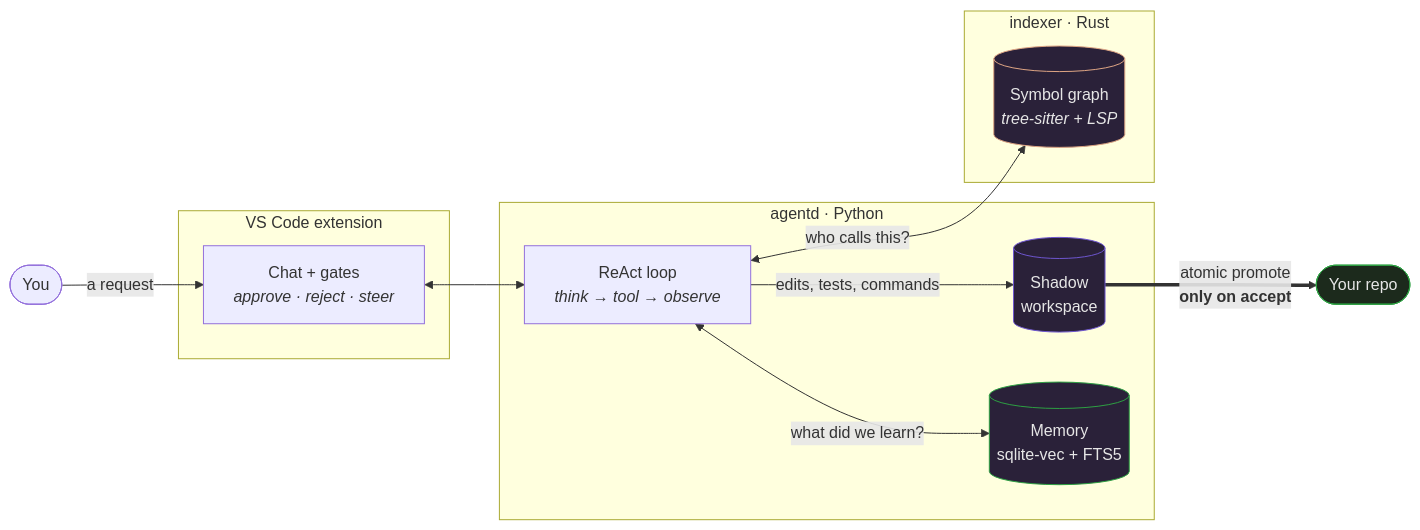
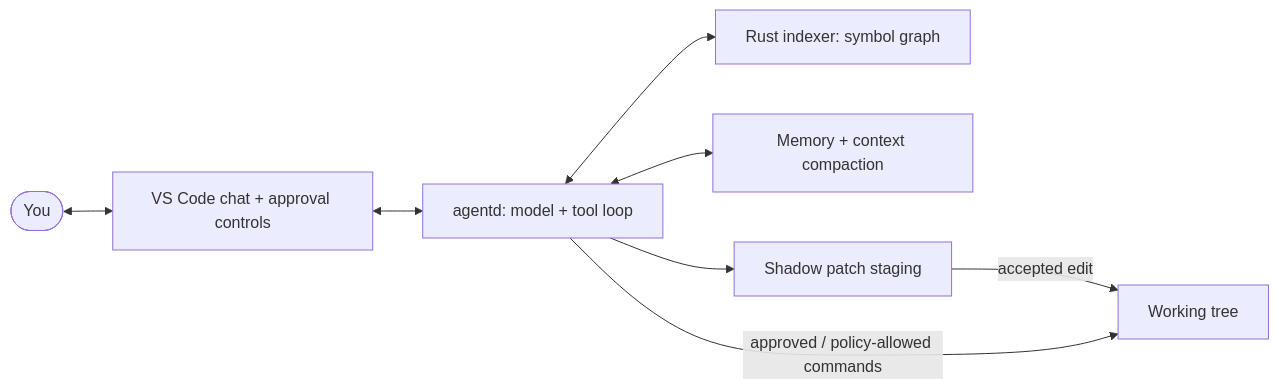
One commit to pradeepA2125/crucible changed the diagram in README.md. Above: the diagram before and after it, drawn with Mermaid. The commit also changed other lines of this file and 71 other files, not shown here.

````diff
--- a/README.md
+++ b/README.md
@@ -32,29 +31,10 @@
 ```mermaid
 flowchart LR
-    U([You]) -->|"a request"| C
-
-    subgraph EXT["VS Code extension"]
-        C["Chat + gates<br/><i>approve · reject · steer</i>"]
-    end
-
-    subgraph BE["agentd · Python"]
-        L["ReAct loop<br/><i>think → tool → observe</i>"]
-        S[("Shadow<br/>workspace")]
-        M[("Memory<br/>sqlite-vec + FTS5")]
-    end
-
-    subgraph IDX["indexer · Rust"]
-        G[("Symbol graph<br/><i>tree-sitter + LSP</i>")]
-    end
-
-    C <--> L
-    L -->|"edits, tests, commands"| S
-    L <-->|"who calls this?"| G
-    L <-->|"what did we learn?"| M
-    S ==>|"atomic promote<br/><b>only on accept</b>"| W([Your repo])
-
-    style S fill:#2a2139,stroke:#6E56CF,color:#e6e6e6
-    style G fill:#2a2139,stroke:#DEA584,color:#e6e6e6
-    style M fill:#2a2139,stroke:#2EA043,color:#e6e6e6
-    style W fill:#1c2a1c,stroke:#2EA043,color:#e6e6e6
+    U([You]) <--> C["VS Code chat + approval controls"]
+    C <--> L["agentd: model + tool loop"]
+    L <--> G["Rust indexer: symbol graph"]
+    L <--> M["Memory + context compaction"]
+    L --> S["Shadow patch staging"]
+    S -->|"accepted edit"| W["Working tree"]
+    L -->|"approved / policy-allowed commands"| W
 ```
````
